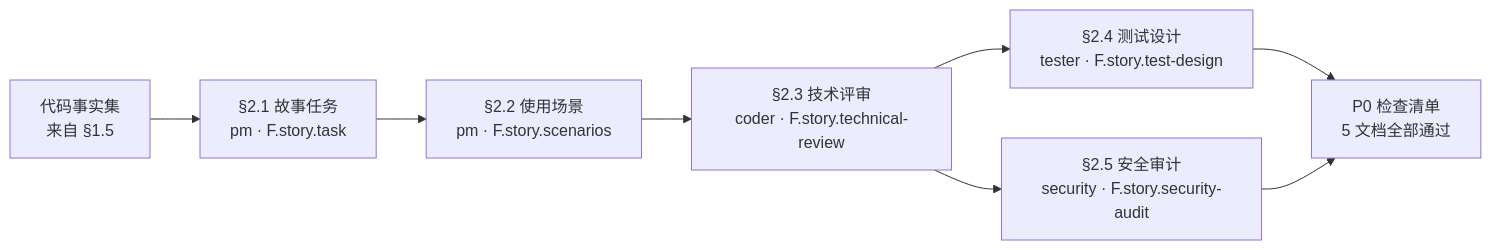
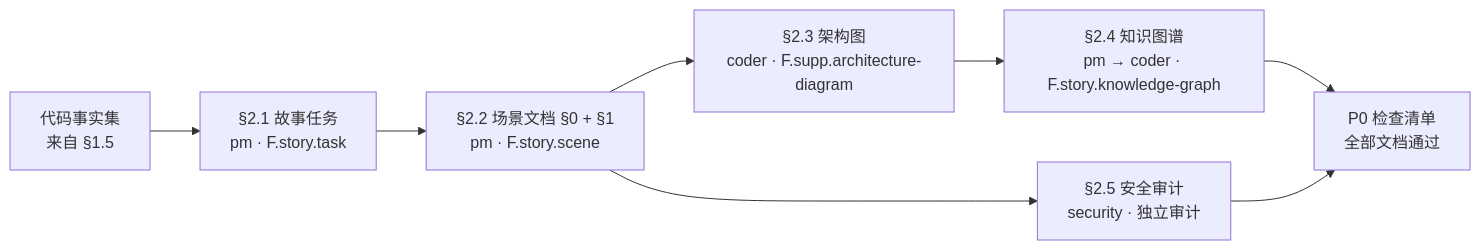
Diagram 15 of 16 in skills/rui/SKILL.md (effiy/YrY), drawn with Mermaid before and after one commit. The commit also changed other lines of this file and 37 other files, not shown here.

````diff
--- a/skills/rui/SKILL.md
+++ b/skills/rui/SKILL.md
@@ -900,11 +887,11 @@
 ```mermaid
 flowchart LR
     FACTS["代码事实集<br/>来自 §1.5"]:::input --> D1["§2.1 故事任务<br/>pm · F.story.task"]:::doc
-    D1 --> D2["§2.2 使用场景<br/>pm · F.story.scenarios"]:::doc
-    D2 --> D3["§2.3 技术评审<br/>coder · F.story.technical-review"]:::doc
-    D3 --> D4["§2.4 测试设计<br/>tester · F.story.test-design"]:::doc
-    D3 --> D5["§2.5 安全审计<br/>security · F.story.security-audit"]:::doc
-    D4 --> CHECK["P0 检查清单<br/>5 文档全部通过"]:::gate
+    D1 --> D2["§2.2 场景文档 §0 + §1<br/>pm · F.story.scene"]:::doc
+    D2 --> D3["§2.3 架构图<br/>coder · F.supp.architecture-diagram"]:::doc
+    D3 --> D4["§2.4 知识图谱<br/>pm → coder · F.story.knowledge-graph"]:::doc
+    D2 --> D5["§2.5 安全审计<br/>security · 独立审计"]:::doc
+    D4 --> CHECK["P0 检查清单<br/>全部文档通过"]:::gate
     D5 --> CHECK
 
 ```
````
